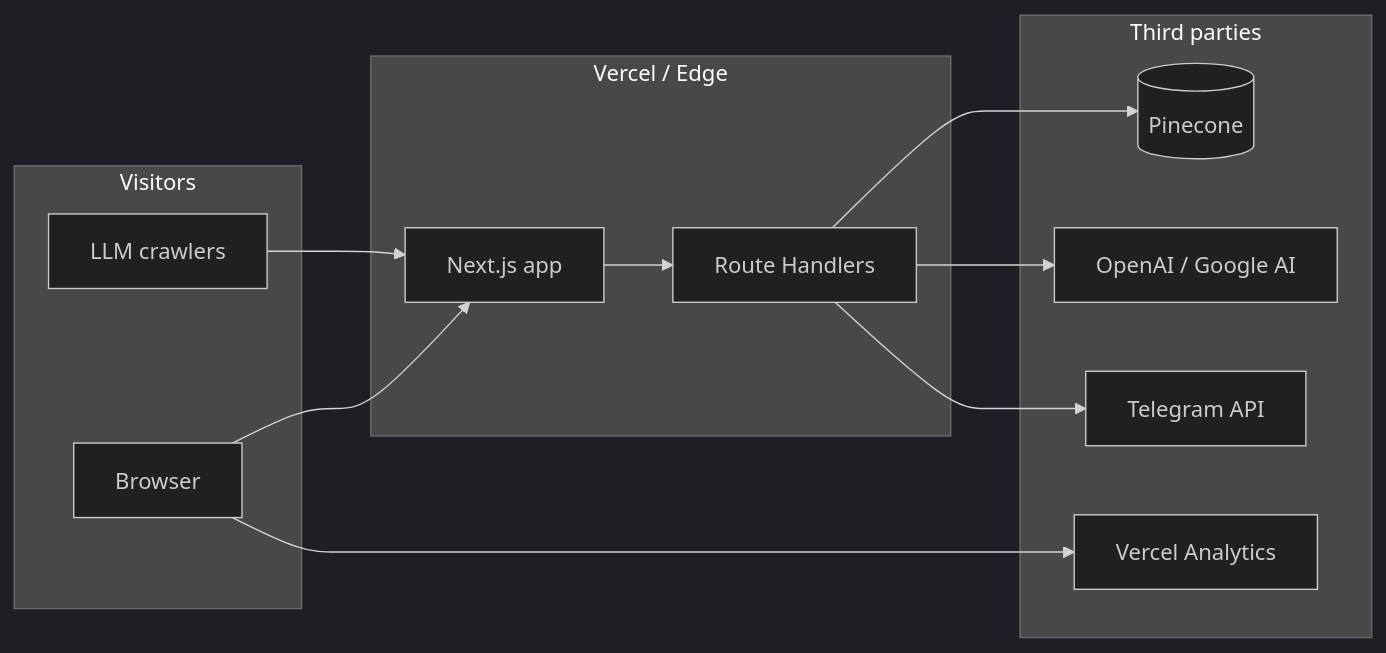
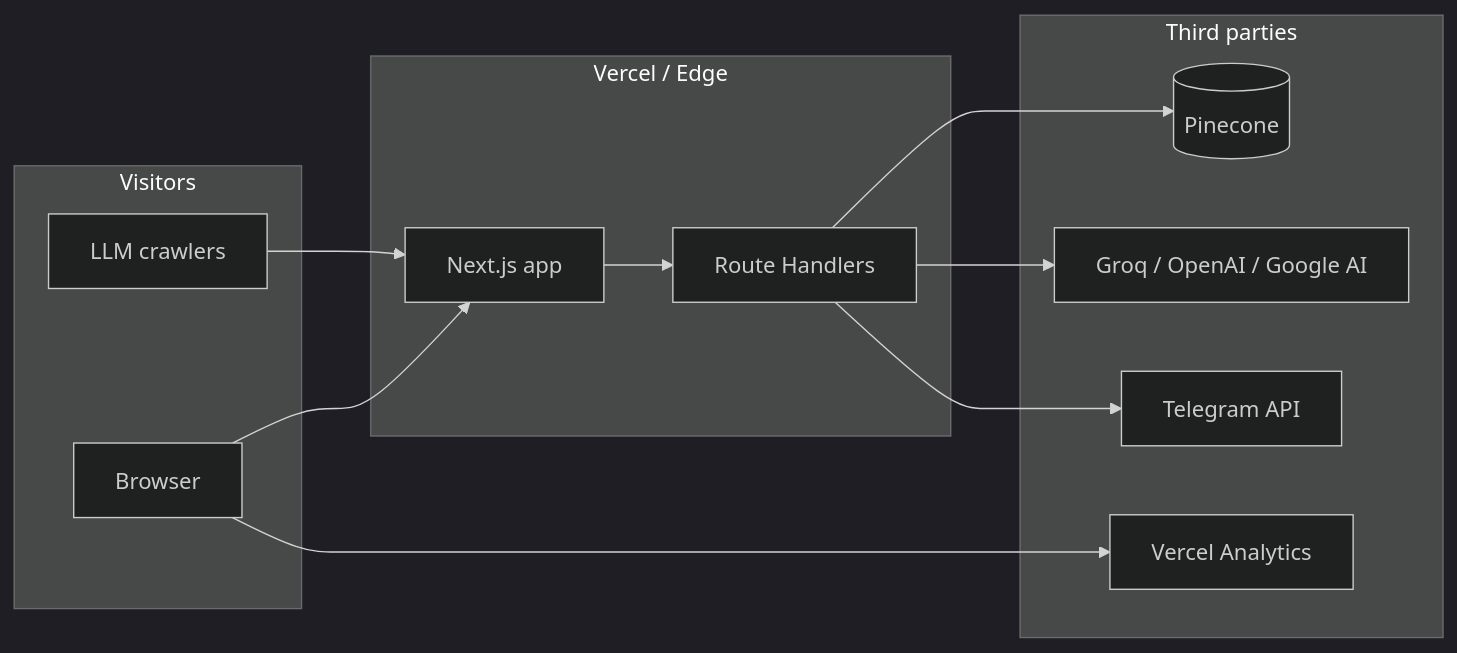
One commit to Nmk78/PortfolioV2 changed the diagram in docs/architecture.md. Above: the diagram before and after it, drawn with Mermaid (dark theme). The commit also changed other lines of this file and 10 other files, not shown here.

````diff
--- a/docs/architecture.md
+++ b/docs/architecture.md
@@ -10,27 +10,27 @@
 ```mermaid
 flowchart LR
   subgraph visitors [Visitors]
     Browser[Browser]
     LLM[LLM crawlers]
   end
 
   subgraph vercel [Vercel / Edge]
     Next[Next.js app]
     APIs[Route Handlers]
   end
 
   subgraph third [Third parties]
     PC[(Pinecone)]
-    OAI[OpenAI / Google AI]
+    OAI[Groq / OpenAI / Google AI]
     TG[Telegram API]
     VA[Vercel Analytics]
   end
 
   Browser --> Next
   LLM --> Next
   Next --> APIs
   APIs --> PC
   APIs --> OAI
   APIs --> TG
   Browser --> VA
 ```
````
